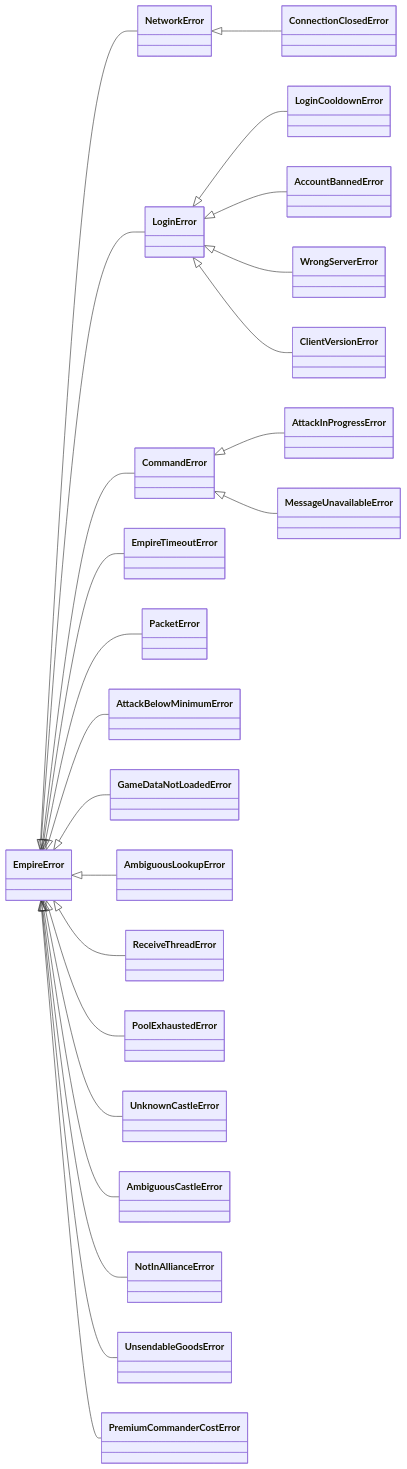
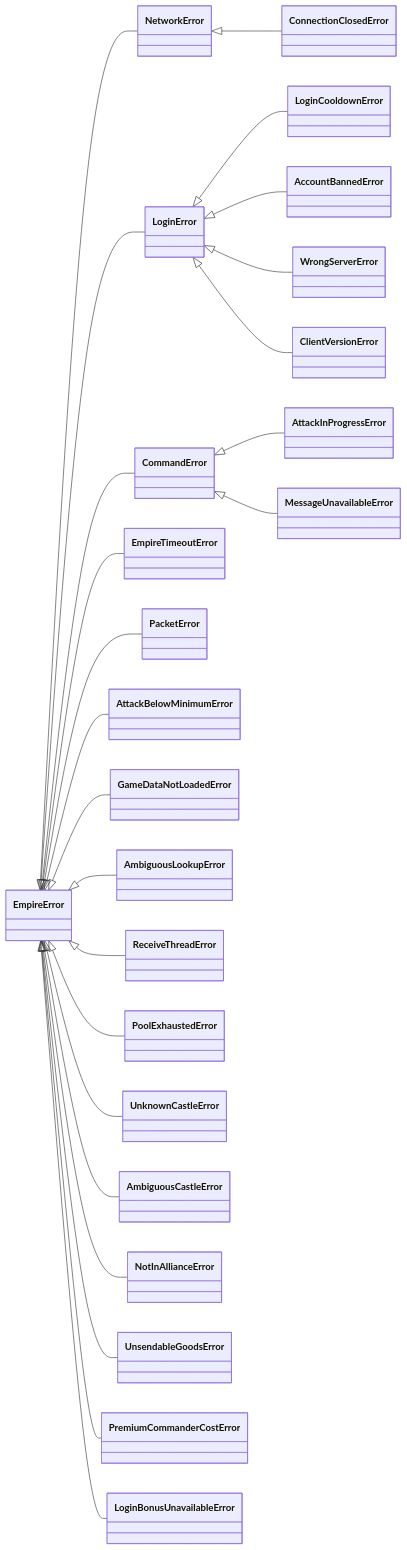
Before and after one commit to caluoxd/EmpireCore: the diagram in docs/guides/errors.md, drawn with Mermaid. The commit also changed other lines of this file and 24 other files, not shown here.

````diff
--- a/docs/guides/errors.md
+++ b/docs/guides/errors.md
@@ -31,26 +31,27 @@
 ```mermaid
 classDiagram
     direction LR
     EmpireError <|-- NetworkError
     NetworkError <|-- ConnectionClosedError
     EmpireError <|-- LoginError
     LoginError <|-- LoginCooldownError
     LoginError <|-- AccountBannedError
     LoginError <|-- WrongServerError
     LoginError <|-- ClientVersionError
     EmpireError <|-- CommandError
     CommandError <|-- AttackInProgressError
     CommandError <|-- MessageUnavailableError
     EmpireError <|-- EmpireTimeoutError
     EmpireError <|-- PacketError
     EmpireError <|-- AttackBelowMinimumError
     EmpireError <|-- GameDataNotLoadedError
     EmpireError <|-- AmbiguousLookupError
     EmpireError <|-- ReceiveThreadError
     EmpireError <|-- PoolExhaustedError
     EmpireError <|-- UnknownCastleError
     EmpireError <|-- AmbiguousCastleError
     EmpireError <|-- NotInAllianceError
     EmpireError <|-- UnsendableGoodsError
     EmpireError <|-- PremiumCommanderCostError
+    EmpireError <|-- LoginBonusUnavailableError
 ```
````
